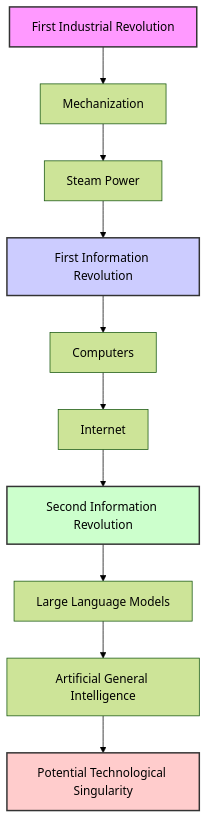
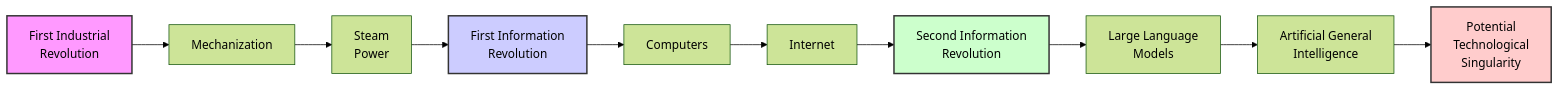
The second of 5 diagrams in notebooks/md/lesson_01_Course_Overview2.md (chenxingqiang/llm-course-chen), drawn with Mermaid (forest theme) before and after one commit. The commit also changed 10 other files, not shown here.

````diff
--- a/notebooks/md/lesson_01_Course_Overview2.md
+++ b/notebooks/md/lesson_01_Course_Overview2.md
@@ -85,17 +85,25 @@
 ```mermaid
-graph TD
-    A[First Industrial Revolution] --> B[Mechanization]
-    B --> C[Steam Power]
-    C --> D[First Information Revolution]
+graph LR
+    A["First Industrial
+    Revolution"] --> B[Mechanization]
+    B --> C["Steam
+    Power"]
+    C --> D["First Information
+    Revolution"]
     D --> E[Computers]
     E --> F[Internet]
-    F --> G[Second Information Revolution]
-    G --> H[Large Language Models]
-    H --> I[Artificial General Intelligence]
-    I --> J[Potential Technological Singularity]
+    F --> G["Second Information
+    Revolution"]
+    G --> H["Large Language
+    Models"]
+    H --> I["Artificial General
+    Intelligence"]
+    I --> J["Potential
+    Technological
+    Singularity"]
 
     style A fill:#f9f,stroke:#333,stroke-width:2px
     style D fill:#ccf,stroke:#333,stroke-width:2px
     style G fill:#cfc,stroke:#333,stroke-width:2px
     style J fill:#fcc,stroke:#333,stroke-width:2px
 ```
````
